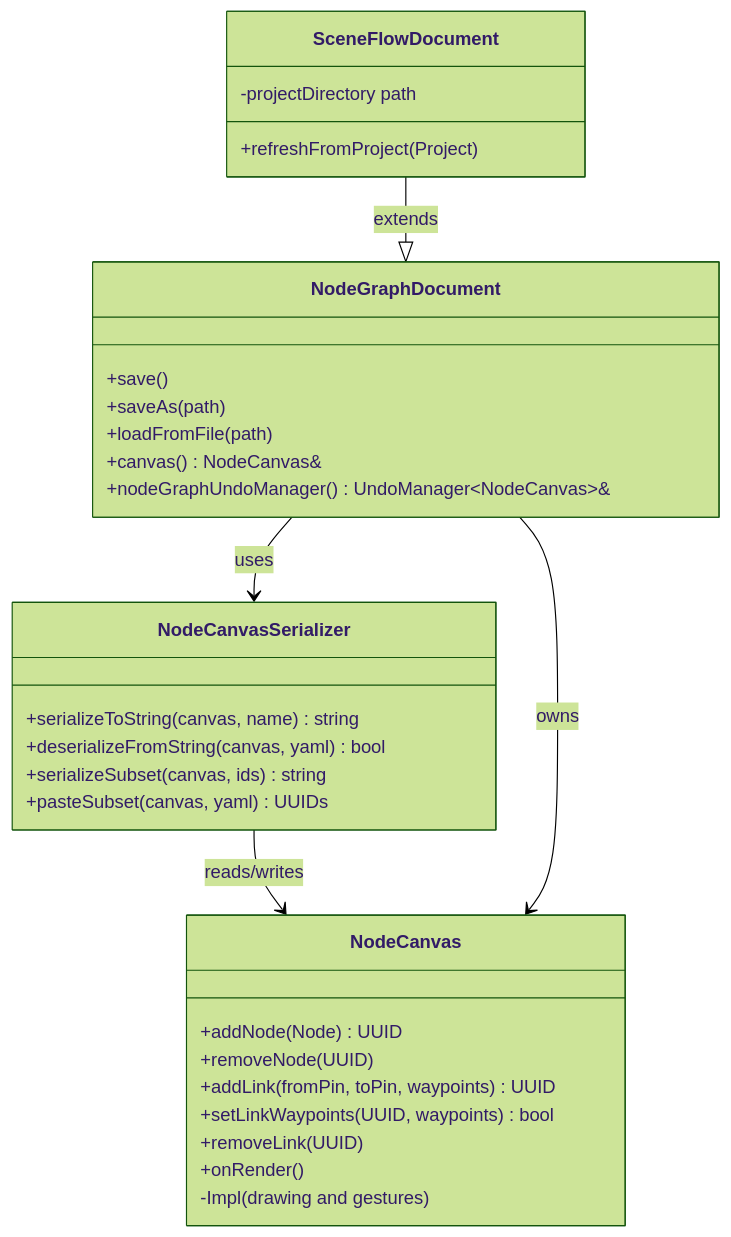
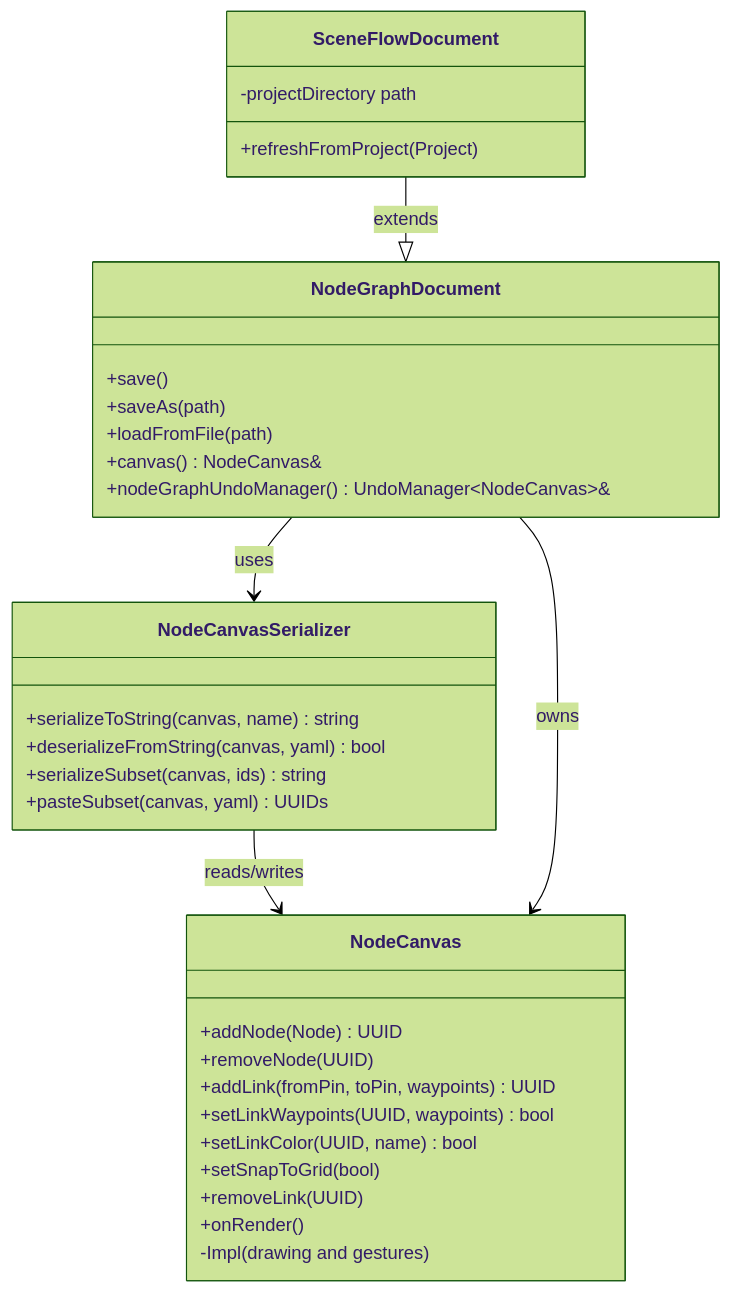
One commit to Silmaen/Owl changed the diagram in doc/pages/node_graph.md. Above: the diagram before and after it, drawn with Mermaid (forest theme). The commit also changed other lines of this file and 91 other files, not shown here.

````diff
--- a/doc/pages/node_graph.md
+++ b/doc/pages/node_graph.md
@@ -21,33 +21,35 @@
 ```mermaid
 classDiagram
     class NodeCanvas {
         +addNode(Node) UUID
         +removeNode(UUID)
         +addLink(fromPin, toPin, waypoints) UUID
         +setLinkWaypoints(UUID, waypoints) bool
+        +setLinkColor(UUID, name) bool
+        +setSnapToGrid(bool)
         +removeLink(UUID)
         +onRender()
         -Impl (drawing and gestures)
     }
     class NodeCanvasSerializer {
         +serializeToString(canvas, name) string
         +deserializeFromString(canvas, yaml) bool
         +serializeSubset(canvas, ids) string
         +pasteSubset(canvas, yaml) UUIDs
     }
     class NodeGraphDocument {
         +save()
         +saveAs(path)
         +loadFromFile(path)
         +canvas() NodeCanvas&
         +nodeGraphUndoManager() UndoManager~NodeCanvas~&
     }
     class SceneFlowDocument {
         +refreshFromProject(Project)
         -projectDirectory path
     }
     NodeCanvasSerializer --> NodeCanvas : reads/writes
     NodeGraphDocument --> NodeCanvas : owns
     NodeGraphDocument --> NodeCanvasSerializer : uses
     SceneFlowDocument --|> NodeGraphDocument : extends
 ```
````
